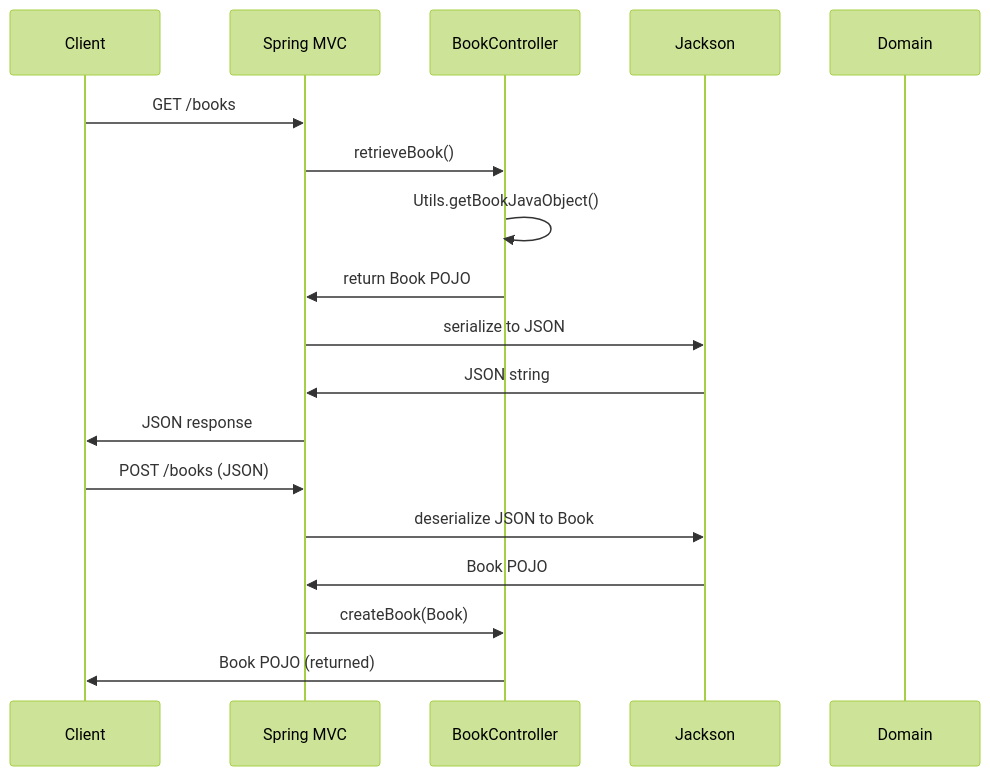
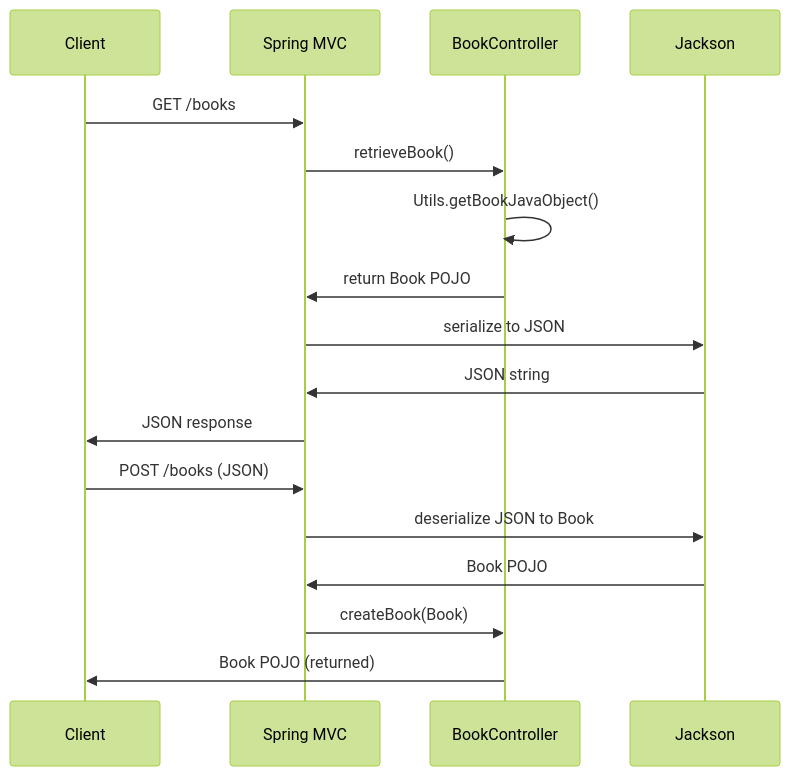
The second of 2 diagrams in 5_json/README.md (prasanvb/sprintBoot), drawn with Mermaid (forest theme) before and after one commit. The commit also changed other lines of this file and 1 other file, not shown here.

````diff
--- a/5_json/README.md
+++ b/5_json/README.md
@@ -98,22 +63,21 @@
 ```mermaid
 sequenceDiagram
     participant Client
     participant Spring MVC
     participant BookController
     participant Jackson
-    participant Domain
 
     Client->>Spring MVC: GET /books
     Spring MVC->>BookController: retrieveBook()
     BookController->>BookController: Utils.getBookJavaObject()
     BookController->>Spring MVC: return Book POJO
     Spring MVC->>Jackson: serialize to JSON
     Jackson->>Spring MVC: JSON string
     Spring MVC->>Client: JSON response
 
     Client->>Spring MVC: POST /books (JSON)
     Spring MVC->>Jackson: deserialize JSON to Book
     Jackson->>Spring MVC: Book POJO
     Spring MVC->>BookController: createBook(Book)
     BookController->>Client: Book POJO (returned)
 ```
````
